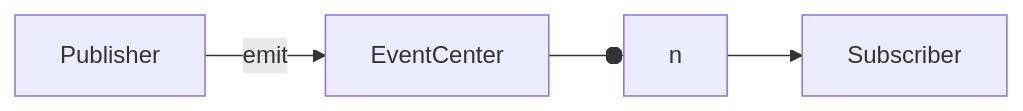
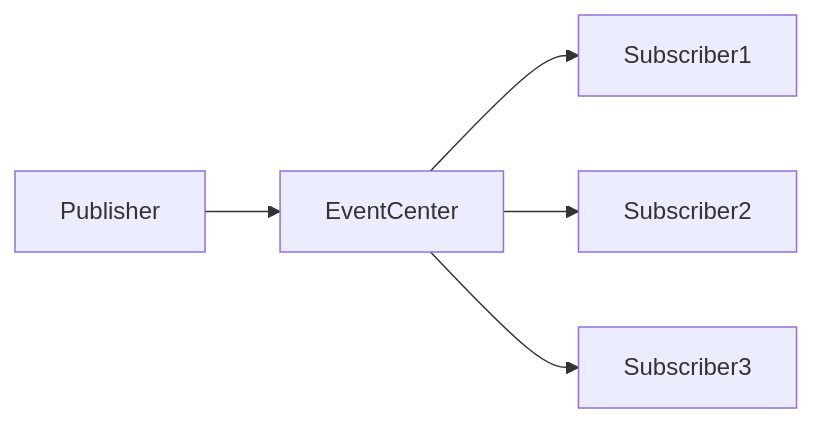
One commit to zhangshichuan/maxzhang.site changed the diagram in articles/en/frontend-design-patterns-guide.mdx. Above: the diagram before and after it, drawn with Mermaid. The commit also changed other lines of this file and 1 other file, not shown here.

````diff
--- a/articles/en/frontend-design-patterns-guide.mdx
+++ b/articles/en/frontend-design-patterns-guide.mdx
@@ -292,5 +674,7 @@
 ```mermaid
 graph LR
-    Publisher --emit--> EventCenter
-    EventCenter --on--> Subscriber
+    Publisher --> EventCenter
+    EventCenter --> Subscriber1
+    EventCenter --> Subscriber2
+    EventCenter --> Subscriber3
 ```
````
